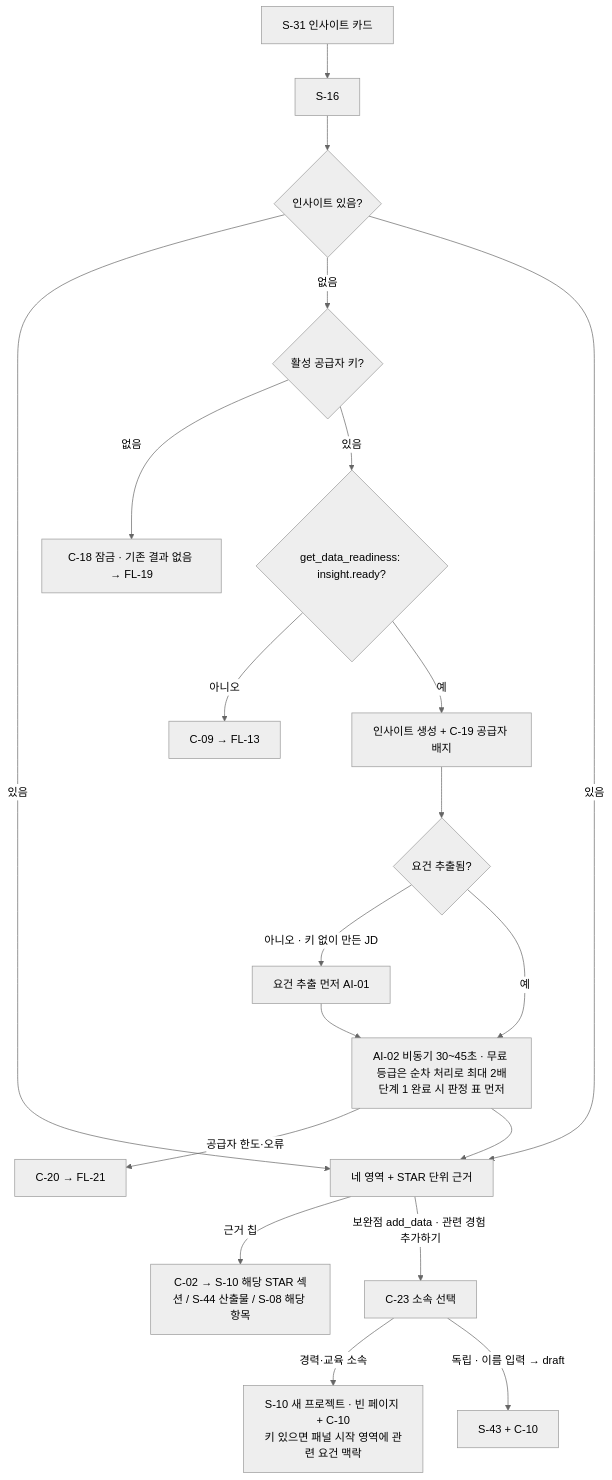
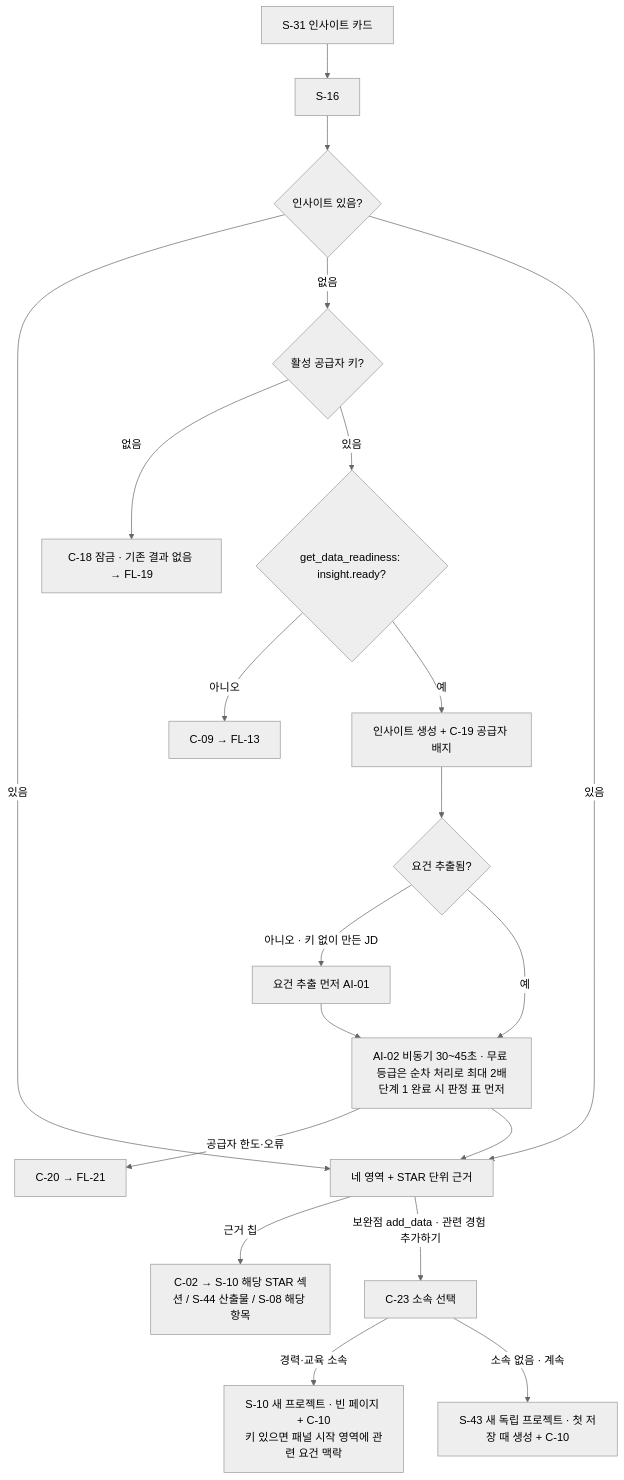
One commit to j-hyunn/resumate changed the seventh of 21 diagrams in docs/planning/02-user-flows.md. Above: the diagram before and after it, drawn with Mermaid (neutral theme). The commit also changed other lines of this file and 12 other files, not shown here.

````diff
--- a/docs/planning/02-user-flows.md
+++ b/docs/planning/02-user-flows.md
@@ -453,21 +454,21 @@
 ```mermaid
 flowchart TD
   A[S-31 인사이트 카드] --> B[S-16]
   B --> C{인사이트 있음?}
   C -->|있음| F
   C -->|없음| K{활성 공급자 키?}
   K -->|없음| LK[C-18 잠금 · 기존 결과 없음 → FL-19]
   K -->|있음| G{get_data_readiness: insight.ready?}
   G -->|아니오| X[C-09 → FL-13]
   G -->|예| D[인사이트 생성 + C-19 공급자 배지]
   D --> J{요건 추출됨?}
   J -->|아니오 · 키 없이 만든 JD| J1[요건 추출 먼저 AI-01] --> E
   J -->|예| E[AI-02 비동기 30~45초 · 무료 등급은 순차 처리로 최대 2배<br/>단계 1 완료 시 판정 표 먼저]
   E -->|공급자 한도·오류| ER[C-20 → FL-21]
   E --> F[네 영역 + STAR 단위 근거]
   C -->|있음| F
   F -->|근거 칩| R[C-02 → S-10 해당 STAR 섹션 / S-44 산출물 / S-08 해당 항목]
   F -->|보완점 add_data · 관련 경험 추가하기| K2[C-23 소속 선택]
   K2 -->|경력·교육 소속| S10[S-10 새 프로젝트 · 빈 페이지 + C-10<br/>키 있으면 패널 시작 영역에 관련 요건 맥락]
-  K2 -->|독립 · 이름 입력 → draft| S43[S-43 + C-10]
+  K2 -->|소속 없음 · 계속| S43[S-43 새 독립 프로젝트 · 첫 저장 때 생성 + C-10]
 ```
````
